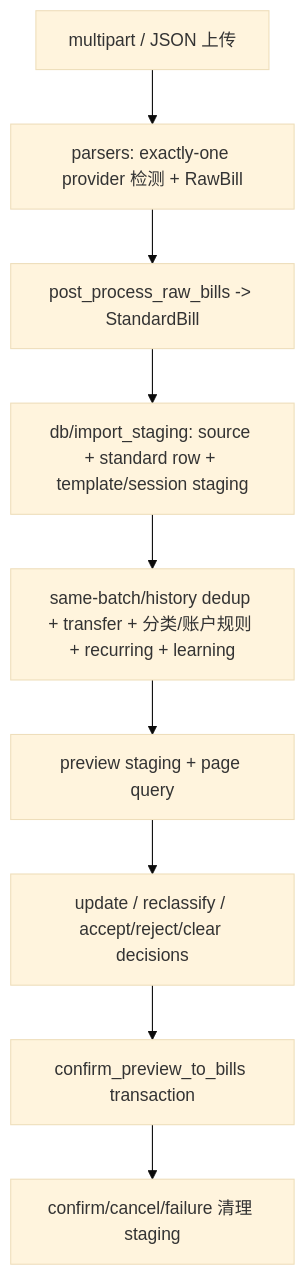
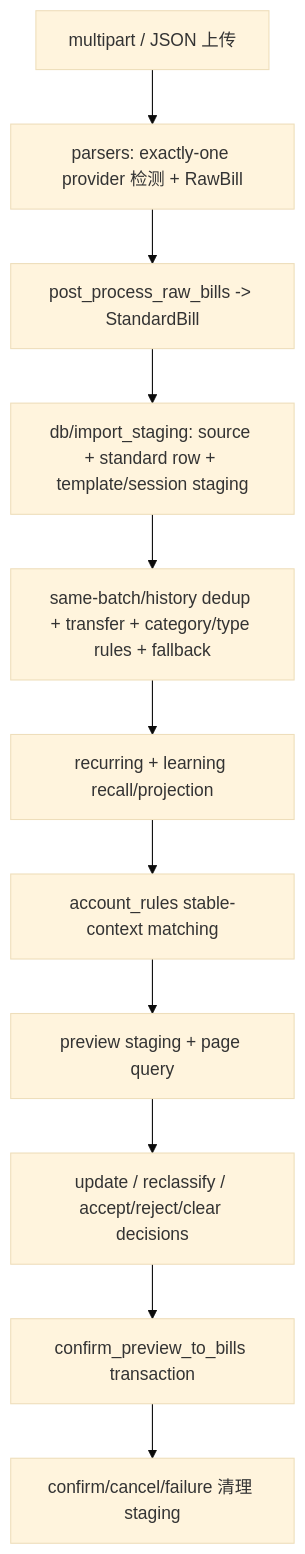
The third of 4 diagrams in docs/backend-map.md (hcy0317/bill_analyser), drawn with Mermaid (base theme) before and after one commit. The commit also changed other lines of this file and 2 other files, not shown here.

First line of the commit message:
docs(backend): 同步后端导航图静态门禁

````diff
--- a/docs/backend-map.md
+++ b/docs/backend-map.md
@@ -71,11 +70,13 @@
 ```mermaid
 flowchart TD
   Upload["multipart / JSON 上传"] --> Parse["parsers: exactly-one provider 检测 + RawBill"]
   Parse --> Standard["post_process_raw_bills -> StandardBill"]
   Standard --> Template["db/import_staging: source + standard row + template/session staging"]
-  Template --> Decisions["same-batch/history dedup + transfer + 分类/账户规则 + recurring + learning"]
-  Decisions --> Preview["preview staging + page query"]
+  Template --> Category["same-batch/history dedup + transfer + category/type rules + fallback"]
+  Category --> Learning["recurring + learning recall/projection"]
+  Learning --> Account["account_rules stable-context matching"]
+  Account --> Preview["preview staging + page query"]
   Preview --> Mutations["update / reclassify / accept/reject/clear decisions"]
   Mutations --> Confirm["confirm_preview_to_bills transaction"]
   Confirm --> Cleanup["confirm/cancel/failure 清理 staging"]
 ```
````
